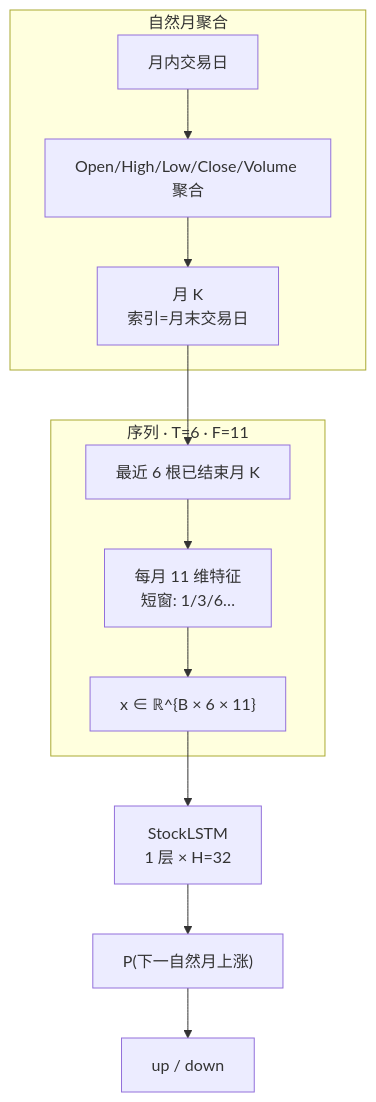
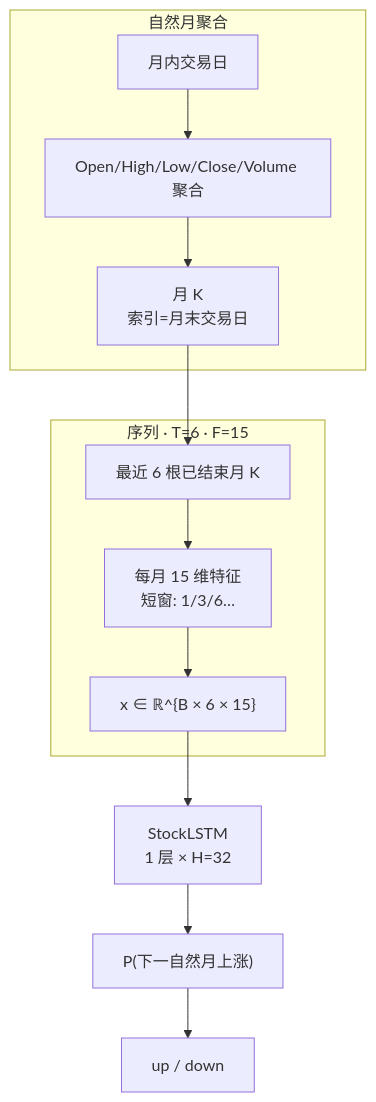
One commit to fanqingsong/stock_predictive changed the eighth of 11 diagrams in docs/model-architecture.md. Above: the diagram before and after it, drawn with Mermaid. The commit also changed other lines of this file and 7 other files, not shown here.

First line of the commit message:
Add market-benchmark relative features and bump feature schema to v6-scale.

````diff
--- a/docs/model-architecture.md
+++ b/docs/model-architecture.md
@@ -390,17 +390,17 @@
 ```mermaid
 flowchart TB
   subgraph agg [自然月聚合]
     MD[月内交易日] --> MAGG["Open/High/Low/Close/Volume 聚合"]
     MAGG --> MB["月 K<br/>索引=月末交易日"]
   end
 
-  subgraph seq [序列 · T=6 · F=11]
+  subgraph seq [序列 · T=6 · F=15]
     MB --> WIN["最近 6 根已结束月 K"]
-    WIN --> XF["每月 11 维特征<br/>短窗: 1/3/6…"]
-    XF --> XM["x ∈ ℝ^{B × 6 × 11}"]
+    WIN --> XF["每月 15 维特征<br/>短窗: 1/3/6…"]
+    XF --> XM["x ∈ ℝ^{B × 6 × 15}"]
   end
 
   XM --> NM["StockLSTM<br/>1 层 × H=32"]
   NM --> PM["P(下一自然月上涨)"]
   PM --> CM["up / down"]
 ```
````
